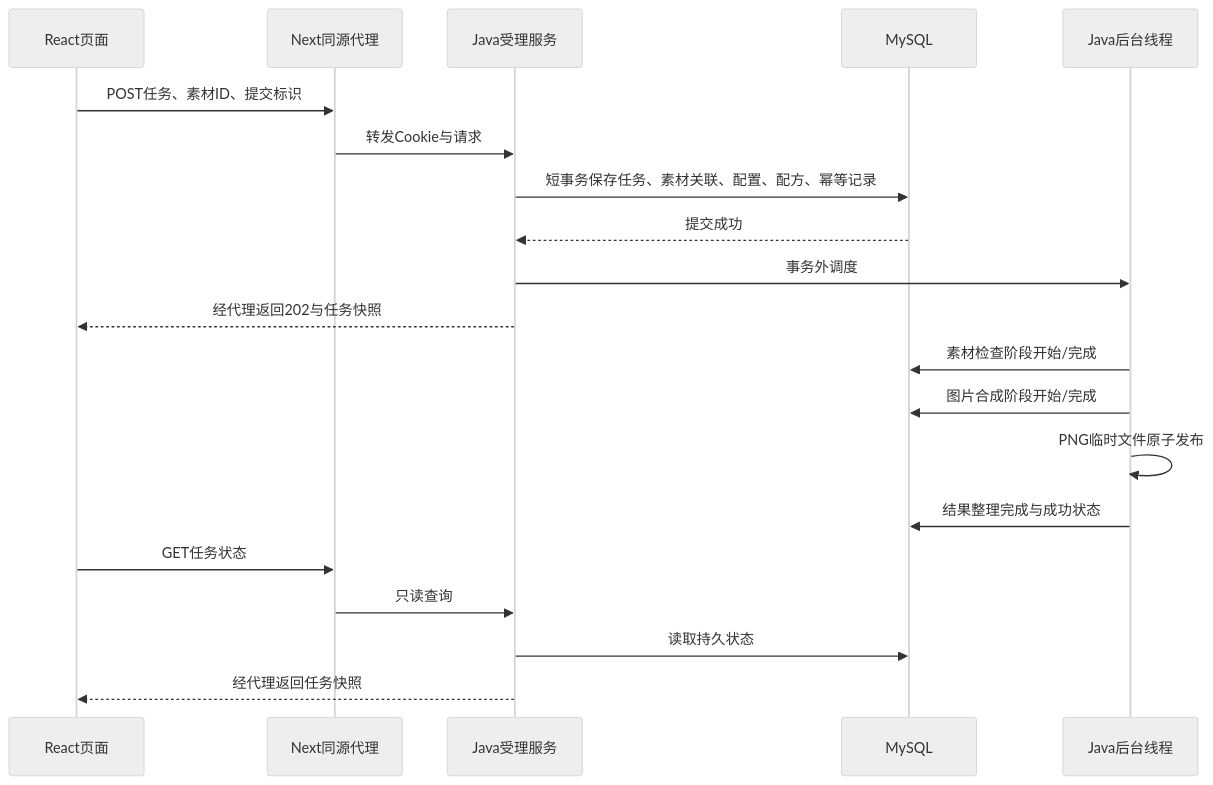
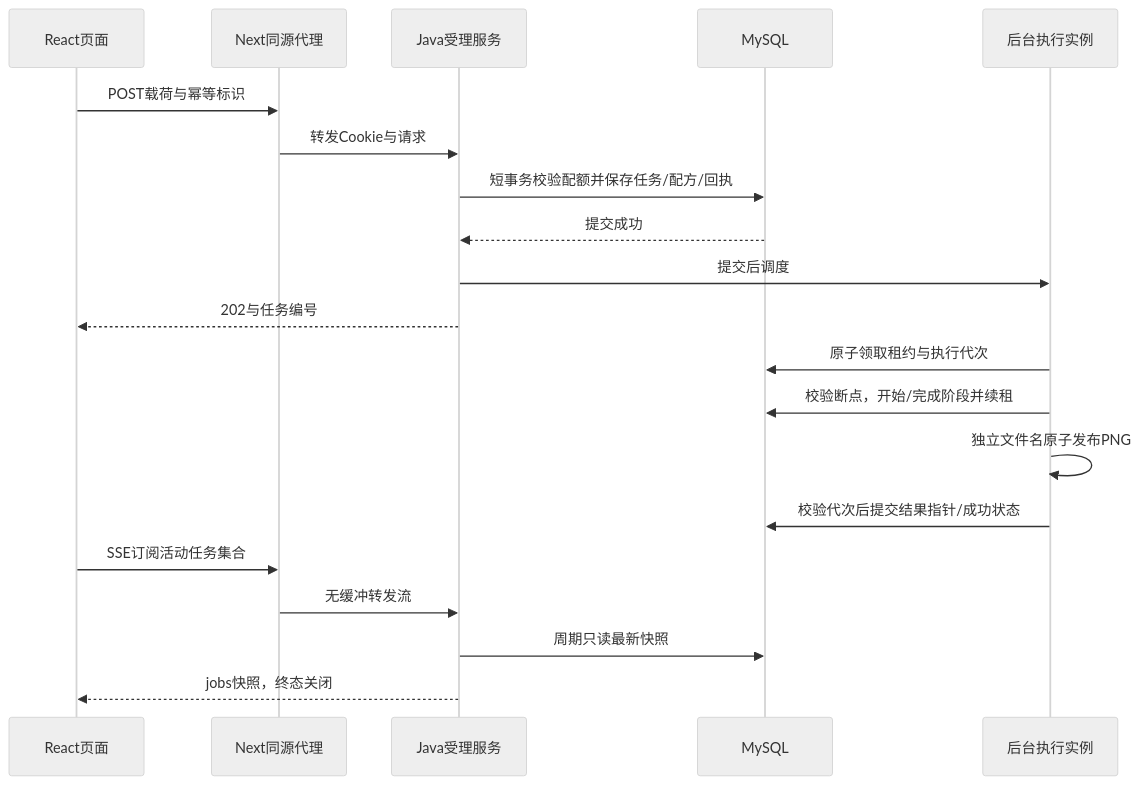
Before and after one commit to HangChi/material-studio: the diagram in docs/async-workflow.md, drawn with Mermaid (neutral theme). The commit also changed other lines of this file and 12 other files, not shown here.

````diff
--- a/docs/async-workflow.md
+++ b/docs/async-workflow.md
@@ -9,22 +9,22 @@
 ```mermaid
 sequenceDiagram
     participant UI as React页面
     participant API as Next同源代理
     participant Java as Java受理服务
     participant DB as MySQL
-    participant Worker as Java后台线程
-    UI->>API: POST任务、素材ID、提交标识
+    participant Worker as 后台执行实例
+    UI->>API: POST载荷与幂等标识
     API->>Java: 转发Cookie与请求
-    Java->>DB: 短事务保存任务、素材关联、配置、配方、幂等记录
+    Java->>DB: 短事务校验配额并保存任务/配方/回执
     DB-->>Java: 提交成功
-    Java->>Worker: 事务外调度
-    Java-->>UI: 经代理返回202与任务快照
-    Worker->>DB: 素材检查阶段开始/完成
-    Worker->>DB: 图片合成阶段开始/完成
-    Worker->>Worker: PNG临时文件原子发布
-    Worker->>DB: 结果整理完成与成功状态
-    UI->>API: GET任务状态
-    API->>Java: 只读查询
-    Java->>DB: 读取持久状态
-    Java-->>UI: 经代理返回任务快照
+    Java->>Worker: 提交后调度
+    Java-->>UI: 202与任务编号
+    Worker->>DB: 原子领取租约与执行代次
+    Worker->>DB: 校验断点，开始/完成阶段并续租
+    Worker->>Worker: 独立文件名原子发布PNG
+    Worker->>DB: 校验代次后提交结果指针/成功状态
+    UI->>API: SSE订阅活动任务集合
+    API->>Java: 无缓冲转发流
+    Java->>DB: 周期只读最新快照
+    Java-->>UI: jobs快照，终态关闭
 ```
````
